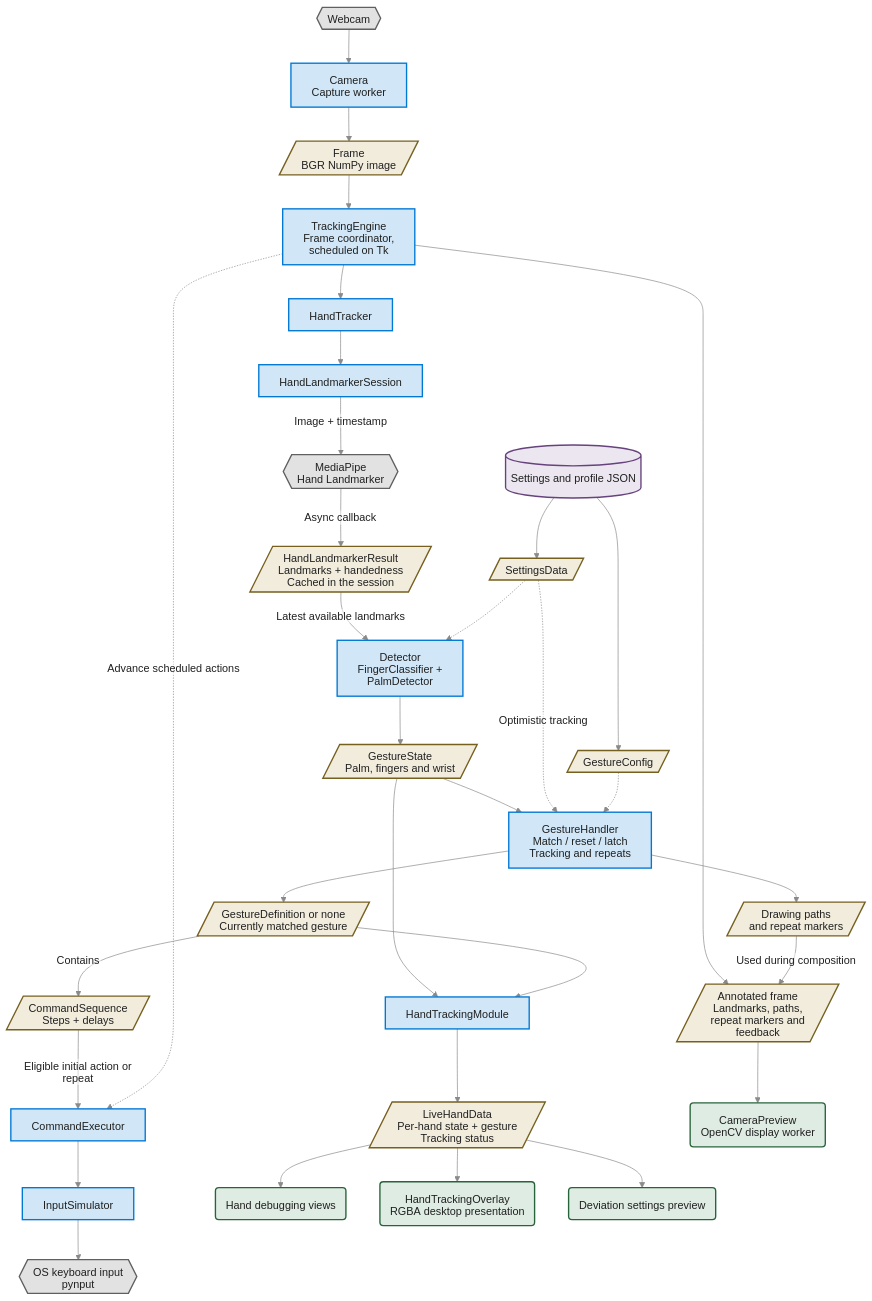
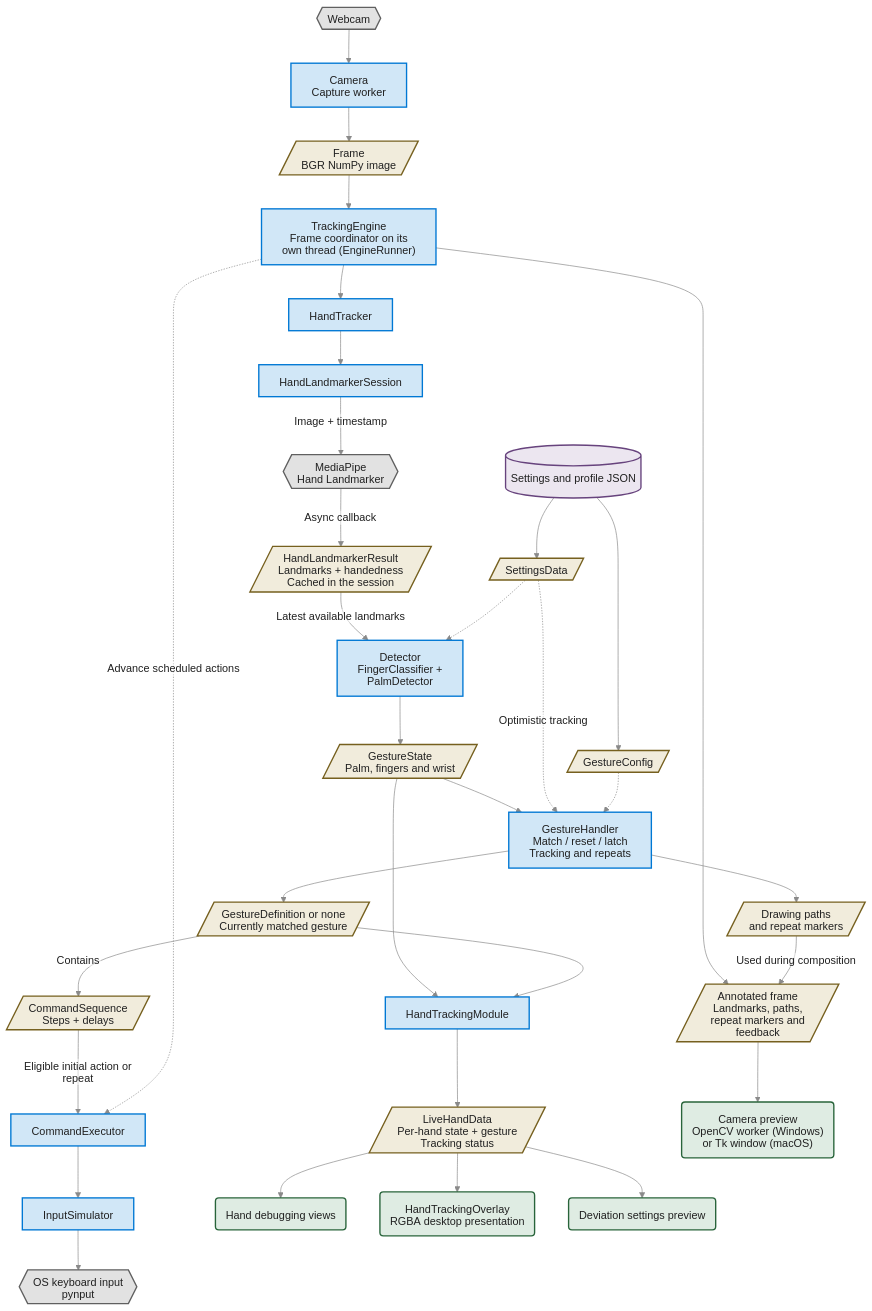
Before and after one commit to MarkJuliusAbraham/ComputerVisionBasics: the third of 3 diagrams in hand-tracking/docs/functionality_diagrams.md, drawn with Mermaid. The commit also changed 6 other files, not shown here.

````diff
--- a/hand-tracking/docs/functionality_diagrams.md
+++ b/hand-tracking/docs/functionality_diagrams.md
@@ -88,45 +88,45 @@
 ```mermaid
 %%{init: {"theme": "base", "htmlLabels": false, "flowchart": {"htmlLabels": false}, "themeCSS": ".edgeLabel rect, .labelBkg { fill: #ffffff !important; opacity: 1 !important; }", "themeVariables": {"primaryTextColor": "#202020", "textColor": "#202020", "lineColor": "#8a8a8a", "edgeLabelBackground": "#ffffff", "clusterBkg": "#f7f7f7", "clusterBorder": "#808080", "titleColor": "#202020", "background": "#ffffff"}}}%%
 flowchart TD
     Webcam{{"Webcam"}}:::external --> Camera["Camera<br/>Capture worker"]:::component
     Camera --> Frame[/"Frame<br/>BGR NumPy image"/]:::data
-    Frame --> App["TrackingEngine<br/>Frame coordinator, scheduled on Tk"]:::component
+    Frame --> App["TrackingEngine<br/>Frame coordinator on its own thread (EngineRunner)"]:::component
     App --> Tracker["HandTracker"]:::component
     Tracker --> Session["HandLandmarkerSession"]:::component
     Session -->|"Image + timestamp"| MP{{"MediaPipe<br/>Hand Landmarker"}}:::external
     MP -->|"Async callback"| Result[/"HandLandmarkerResult<br/>Landmarks + handedness<br/>Cached in the session"/]:::data
     Result -->|"Latest available landmarks"| Detector["Detector<br/>FingerClassifier + PalmDetector"]:::component
     Detector --> State[/"GestureState<br/>Palm, fingers and wrist"/]:::data
 
     State --> Handler["GestureHandler<br/>Match / reset / latch<br/>Tracking and repeats"]:::component
     Handler --> Definition[/"GestureDefinition or none<br/>Currently matched gesture"/]:::data
     Definition -->|"Contains"| Sequence[/"CommandSequence<br/>Steps + delays"/]:::data
     Sequence -->|"Eligible initial action or repeat"| Executor["CommandExecutor"]:::component
     Executor --> Simulator["InputSimulator"]:::component
     Simulator --> OS{{"OS keyboard input<br/>pynput"}}:::external
     App -. "Advance scheduled actions" .-> Executor
 
     State --> Module["HandTrackingModule"]:::component
     Definition --> Module
     Module --> Report[/"LiveHandData<br/>Per-hand state + gesture<br/>Tracking status"/]:::data
     Report --> Debug("Hand debugging views"):::view
     Report --> Overlay("HandTrackingOverlay<br/>RGBA desktop presentation"):::view
     Report --> SettingsPreview("Deviation settings preview"):::view
 
     App --> DisplayFrame[/"Annotated frame<br/>Landmarks, paths,<br/>repeat markers and feedback"/]:::data
-    DisplayFrame --> Video("CameraPreview<br/>OpenCV display worker"):::view
+    DisplayFrame --> Video("Camera preview<br/>OpenCV worker (Windows) or Tk window (macOS)"):::view
     Handler --> Paths[/"Drawing paths<br/>and repeat markers"/]:::data
     Paths -->|"Used during composition"| DisplayFrame
 
     ConfigFiles[("Settings and profile JSON")]:::config --> SettingsData[/"SettingsData"/]:::data
     ConfigFiles --> GestureConfig[/"GestureConfig"/]:::data
     SettingsData -.-> Detector
     SettingsData -. "Optimistic tracking" .-> Handler
     GestureConfig -.-> Handler
 
     classDef component fill:#d1e7f7,stroke:#0078d4,color:#202020,stroke-width:2px;
     classDef data fill:#f1ecdc,stroke:#76601f,color:#202020,stroke-width:2px;
     classDef view fill:#dfece3,stroke:#28643a,color:#202020,stroke-width:2px;
     classDef config fill:#ece6f0,stroke:#67437d,color:#202020,stroke-width:2px;
     classDef external fill:#e2e2e2,stroke:#606060,color:#202020,stroke-width:2px;
 ```
````
